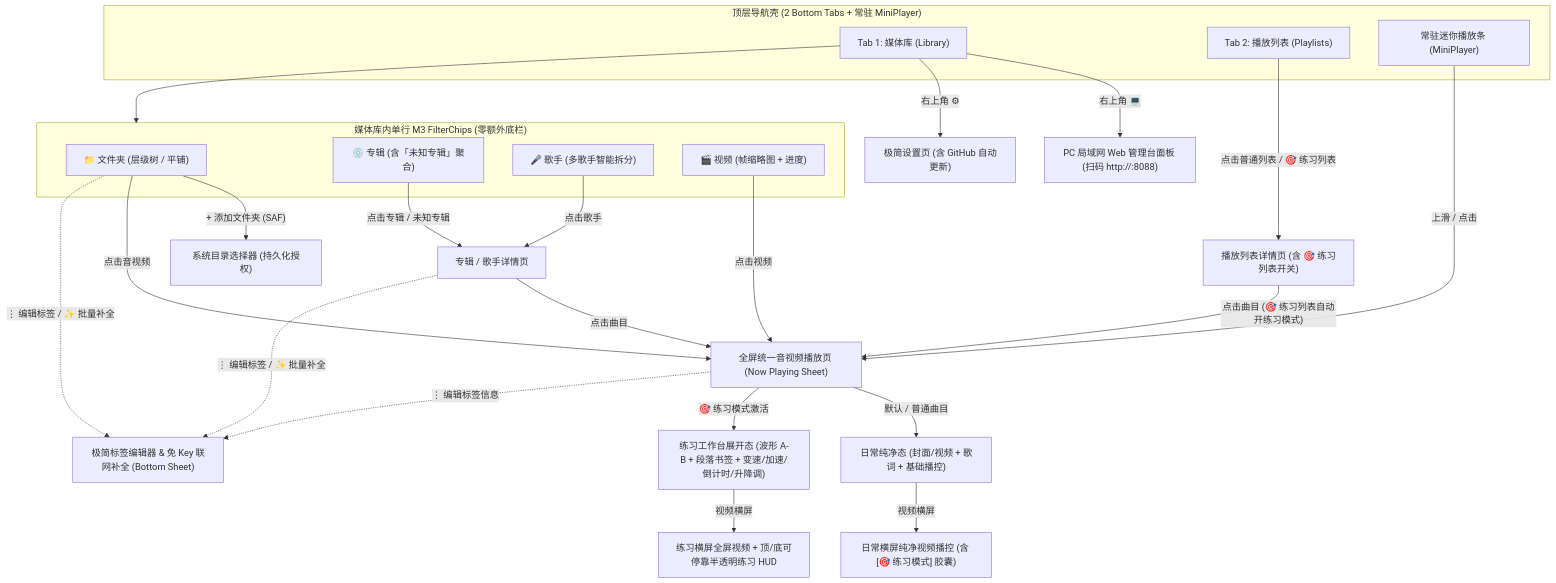
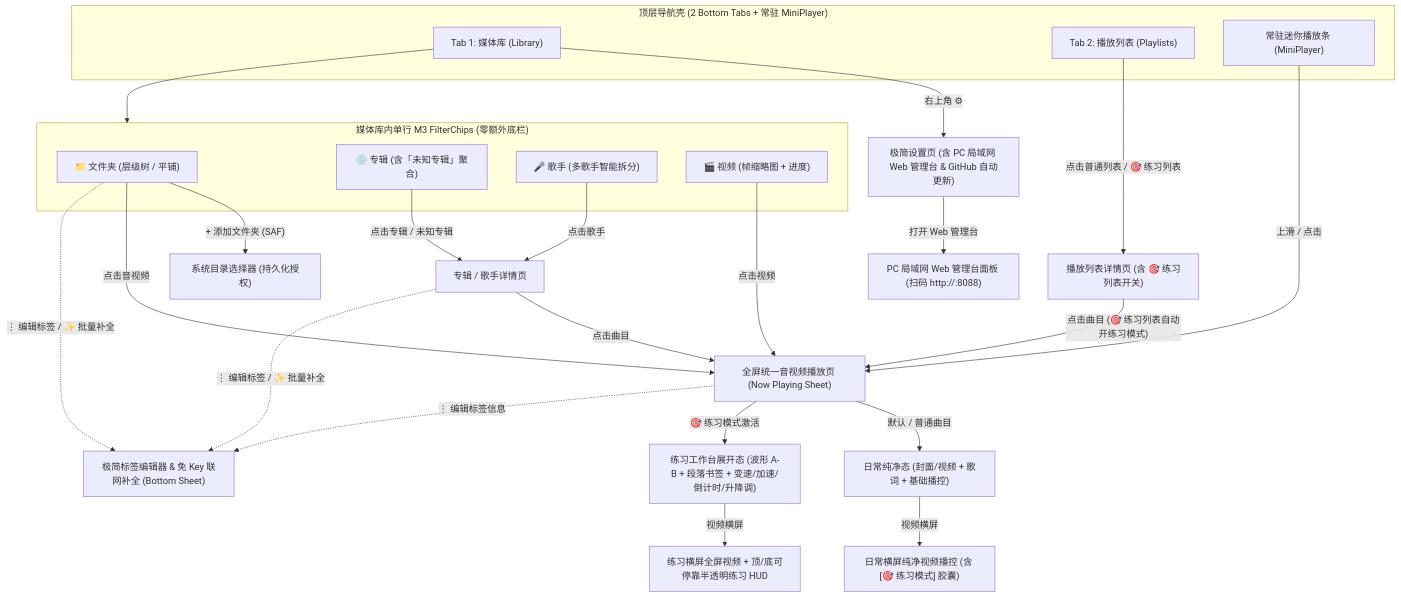
One commit to codescv/miniplayer changed the first of 3 diagrams in DESIGN.md. Above: the diagram before and after it, drawn with Mermaid. The commit also changed other lines of this file and 11 other files, not shown here.

````diff
--- a/DESIGN.md
+++ b/DESIGN.md
@@ -70,38 +70,38 @@
 ```mermaid
 flowchart TD
     subgraph Shell["顶层导航壳 (2 Bottom Tabs + 常驻 MiniPlayer)"]
         TabLib["Tab 1: 媒体库 (Library)"]
         TabList["Tab 2: 播放列表 (Playlists)"]
         Mini["常驻迷你播放条 (MiniPlayer)"]
     end
 
     subgraph LibViews["媒体库内单行 M3 FilterChips (零额外底栏)"]
         VFolder["📁 文件夹 (层级树 / 平铺)"]
         VAlbum["💿 专辑 (含「未知专辑」聚合)"]
         VArtist["🎤 歌手 (多歌手智能拆分)"]
         VVideo["🎬 视频 (帧缩略图 + 进度)"]
     end
 
     TabLib --> LibViews
     VFolder -- "+ 添加文件夹 (SAF)" --> SAF["系统目录选择器 (持久化授权)"]
     VAlbum -- "点击专辑 / 未知专辑" --> Detail["专辑 / 歌手详情页"]
     VArtist -- "点击歌手" --> Detail
     TabList -- "点击普通列表 / 🎯 练习列表" --> ListDetail["播放列表详情页 (含 🎯 练习列表开关)"]
 
     VFolder -- "点击音视频" --> Player["全屏统一音视频播放页 (Now Playing Sheet)"]
     VVideo -- "点击视频" --> Player
     Detail -- "点击曲目" --> Player
     ListDetail -- "点击曲目 (🎯 练习列表自动开练习模式)" --> Player
     Mini -- "上滑 / 点击" --> Player
 
     Player -- "默认 / 普通曲目" --> Casual["日常纯净态 (封面/视频 + 歌词 + 基础播控)"]
     Player -- "🎯 练习模式激活" --> Practice["练习工作台展开态 (波形 A-B + 段落书签 + 变速/加速/倒计时/升降调)"]
     Casual -- "视频横屏" --> CasualLand["日常横屏纯净视频播控 (含 [🎯 练习模式] 胶囊)"]
     Practice -- "视频横屏" --> Landscape["练习横屏全屏视频 + 顶/底可停靠半透明练习 HUD"]
 
     VFolder -. "⋮ 编辑标签 / ✨ 批量补全" .-> MetaSheet["极简标签编辑器 & 免 Key 联网补全 (Bottom Sheet)"]
     Detail -. "⋮ 编辑标签 / ✨ 批量补全" .-> MetaSheet
     Player -. "⋮ 编辑标签信息" .-> MetaSheet
-    TabLib -- "右上角 💻" --> LanSheet["PC 局域网 Web 管理台面板 (扫码 http://<IP>:8088)"]
-    TabLib -- "右上角 ⚙" --> Settings["极简设置页 (含 GitHub 自动更新)"]
+    TabLib -- "右上角 ⚙" --> Settings["极简设置页 (含 PC 局域网 Web 管理台 & GitHub 自动更新)"]
+    Settings -- "打开 Web 管理台" --> LanSheet["PC 局域网 Web 管理台面板 (扫码 http://<IP>:8088)"]
 ```
````
